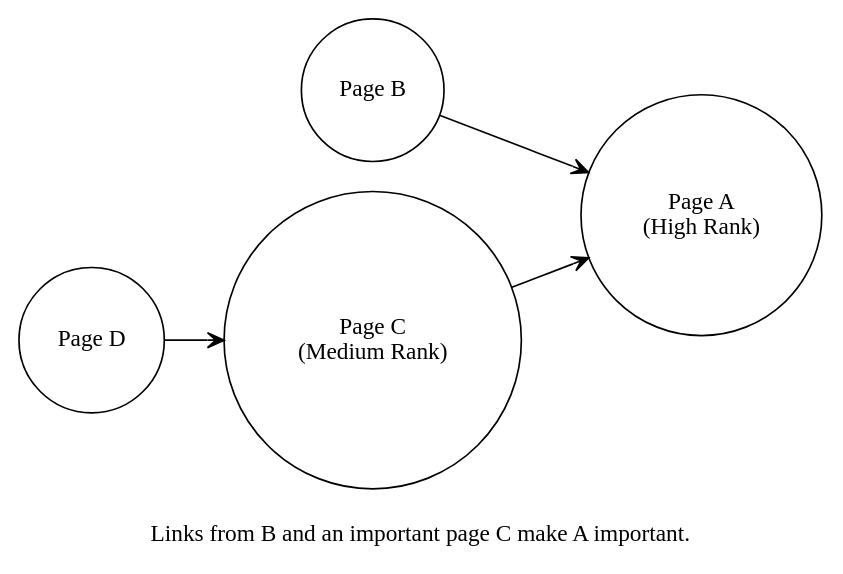
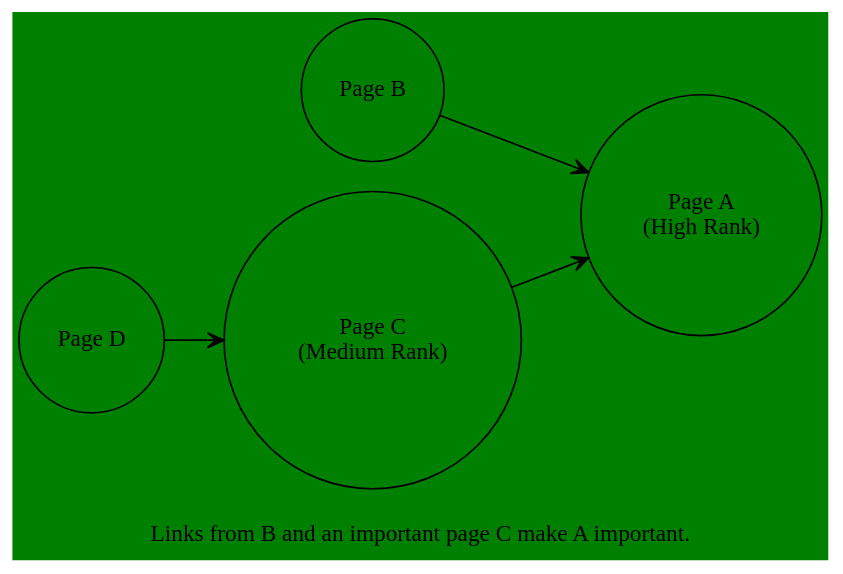
The ninth of 11 diagrams in THE_PAST/The_Architects_of_Tomorrow/The_Architects_of_Tomorrow_Draft_1.md (CongLeSolutionX/Digital-Bedrock-Landscape), drawn with Graphviz before and after one commit. The commit also changed other lines of this file, not shown here.

````diff
--- a/THE_PAST/The_Architects_of_Tomorrow/The_Architects_of_Tomorrow_Draft_1.md
+++ b/THE_PAST/The_Architects_of_Tomorrow/The_Architects_of_Tomorrow_Draft_1.md
@@ -484,25 +488,26 @@
 ```dot
 /*
  * title: The PageRank Algorithm
  * author: Cong Le
  * version: 1.0
  * license(s): MIT, CC BY-SA 4.0
  * copyright: Copyright © 2025 Cong Le. All Rights Reserved.
  */
 digraph PageRank {
+    bgcolor="green";
     rankdir=LR;
     node [shape=circle];
     edge [arrowhead=vee];
     
     B -> A;
     C -> A;
     D -> C;
     
     A [label="Page A\n(High Rank)"];
     B [label="Page B"];
     C [label="Page C\n(Medium Rank)"];
     D [label="Page D"];
 
     label="\nLinks from B and an important page C make A important.";
 }
 ```
````
